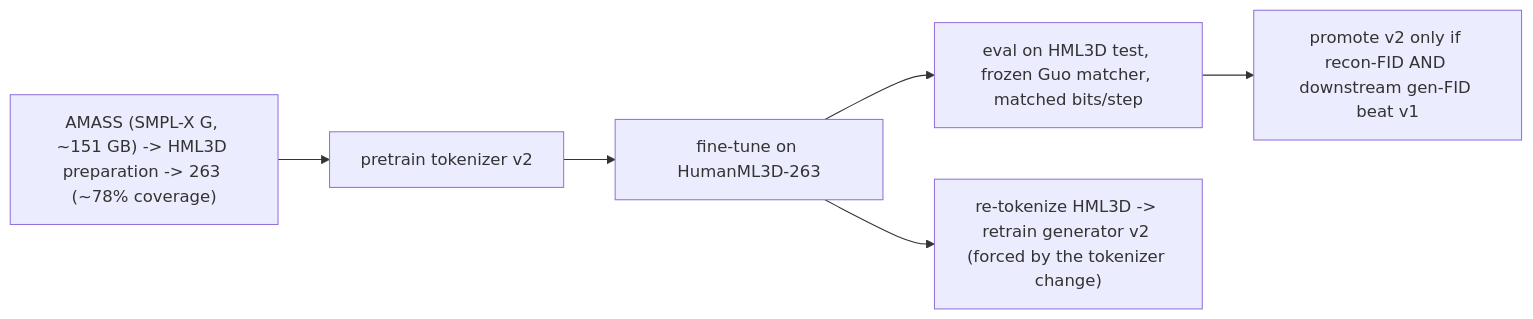
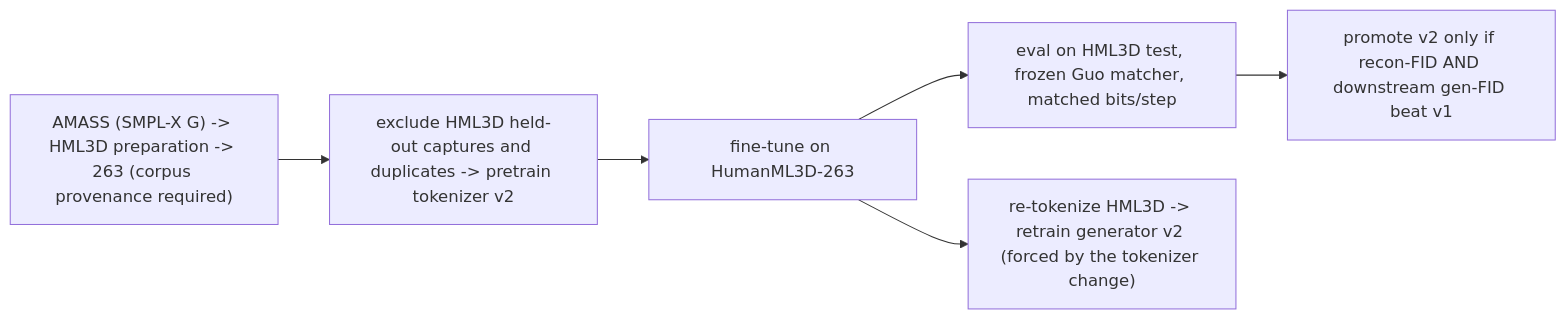
Before and after one commit to CatalinButacu/GenAI-Text2Motion: the diagram in doc/notes/lessons/18-scaling-the-tokenizer-with-data.md, drawn with Mermaid. The commit also changed other lines of this file and 24 other files, not shown here.

````diff
--- a/doc/notes/lessons/18-scaling-the-tokenizer-with-data.md
+++ b/doc/notes/lessons/18-scaling-the-tokenizer-with-data.md
@@ -11,8 +13,8 @@
 ```mermaid
 flowchart LR
-  AM["AMASS (SMPL-X G, ~151 GB) -> HML3D preparation -> 263 (~78% coverage)"] --> PT["pretrain tokenizer v2"]
+  AM["AMASS (SMPL-X G) -> HML3D preparation -> 263 (corpus provenance required)"] --> PT["exclude HML3D held-out captures and duplicates -> pretrain tokenizer v2"]
   PT --> FT["fine-tune on HumanML3D-263"]
   FT --> EV["eval on HML3D test, frozen Guo matcher, matched bits/step"]
   FT --> RT["re-tokenize HML3D -> retrain generator v2 (forced by the tokenizer change)"]
   EV --> DEC["promote v2 only if recon-FID AND downstream gen-FID beat v1"]
 ```
````
